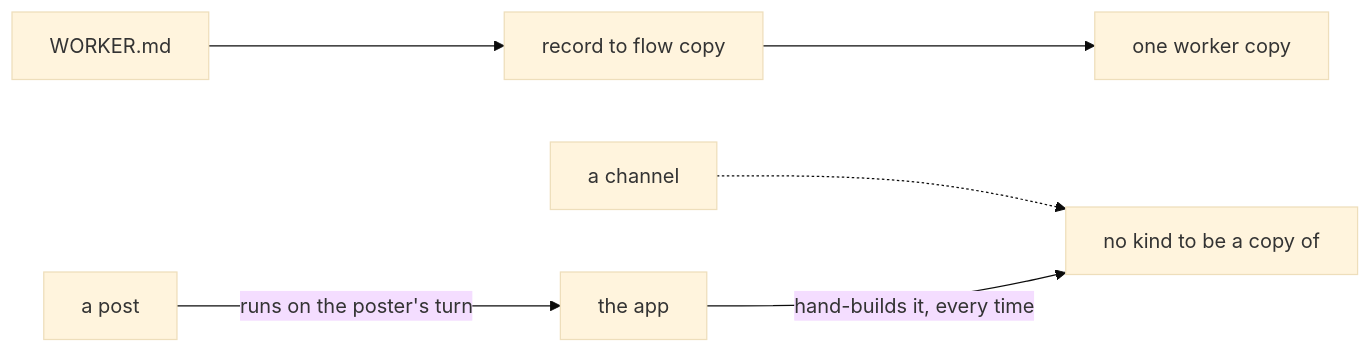
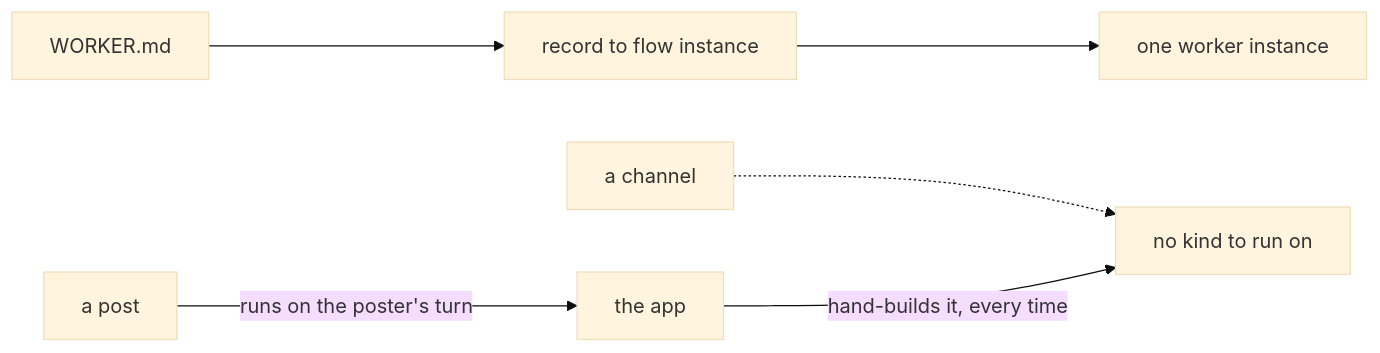
One commit to fixpoint-labs/flow-state-dev changed the first of 3 diagrams in spec/FIX-1311.explainer.md. Above: the diagram before and after it, drawn with Mermaid (base theme). The commit also changed other lines of this file and 1 other file, not shown here.

````diff
--- a/spec/FIX-1311.explainer.md
+++ b/spec/FIX-1311.explainer.md
@@ -5,8 +5,8 @@
 ```mermaid
 flowchart LR
-  WORKER["WORKER.md"] --> MINT["record to flow copy"]
-  MINT --> SEAT["one worker copy"]
-  CHANNEL["a channel"] -.-> NOKIND["no kind to be a copy of"]
+  WORKER["WORKER.md"] --> MINT["record to flow instance"]
+  MINT --> SEAT["one worker instance"]
+  CHANNEL["a channel"] -.-> NOKIND["no kind to run on"]
   APP["the app"] -->|"hand-builds it, every time"| NOKIND
   POST["a post"] -->|"runs on the poster's turn"| APP
 ```
````
